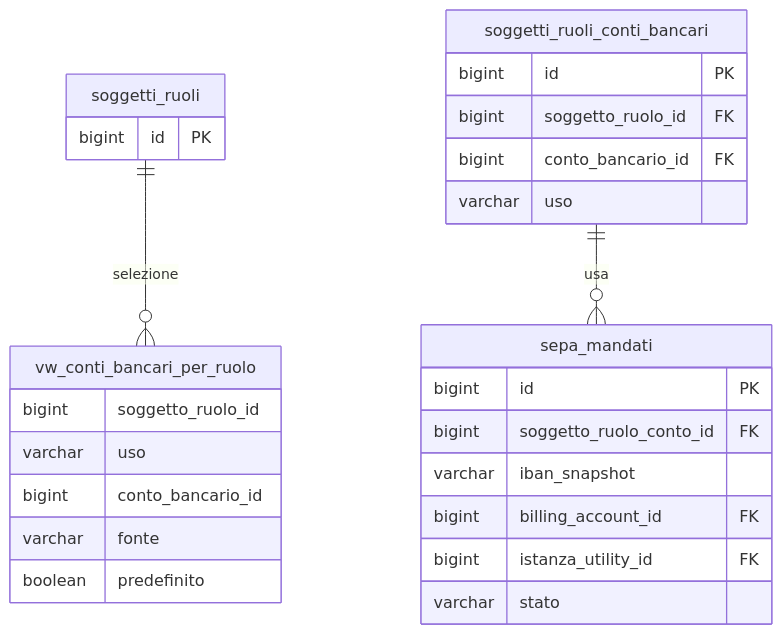
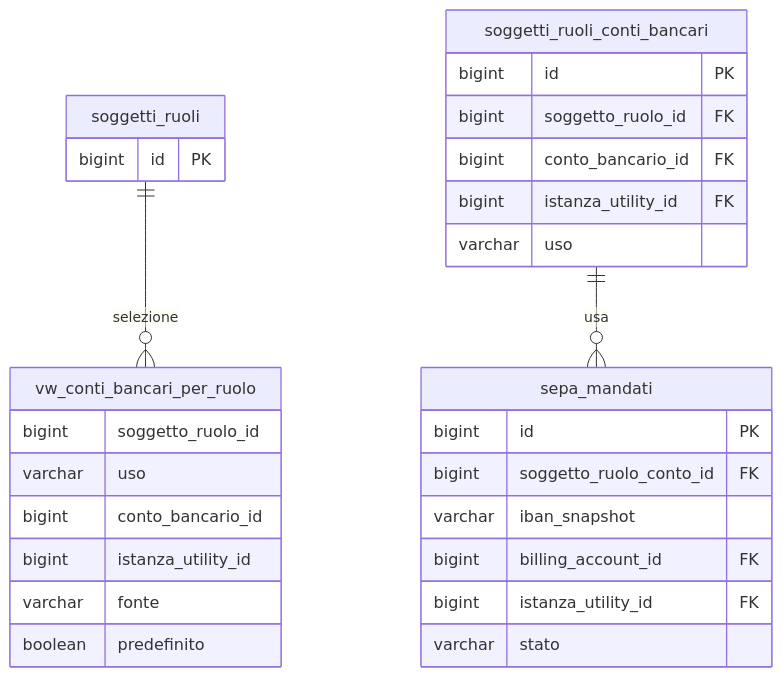
One commit to Tito-it/ZeroErp changed the second of 2 diagrams in docs/it/guide/gestione-conti-bancari.md. Above: the diagram before and after it, drawn with Mermaid. The commit also changed other lines of this file and 72 other files, not shown here.

````diff
--- a/docs/it/guide/gestione-conti-bancari.md
+++ b/docs/it/guide/gestione-conti-bancari.md
@@ -486,33 +415,35 @@
 ```mermaid
 erDiagram
     soggetti_ruoli {
         bigint id PK
     }
 
     soggetti_ruoli_conti_bancari {
         bigint id PK
         bigint soggetto_ruolo_id FK
         bigint conto_bancario_id FK
+        bigint istanza_utility_id FK
         varchar uso
     }
 
     vw_conti_bancari_per_ruolo {
         bigint soggetto_ruolo_id
         varchar uso
         bigint conto_bancario_id
+        bigint istanza_utility_id
         varchar fonte
         boolean predefinito
     }
 
     sepa_mandati {
         bigint id PK
         bigint soggetto_ruolo_conto_id FK
         varchar iban_snapshot
         bigint billing_account_id FK
         bigint istanza_utility_id FK
         varchar stato
     }
 
     soggetti_ruoli ||--o{ vw_conti_bancari_per_ruolo : "selezione"
     soggetti_ruoli_conti_bancari ||--o{ sepa_mandati : "usa"
 ```
````
